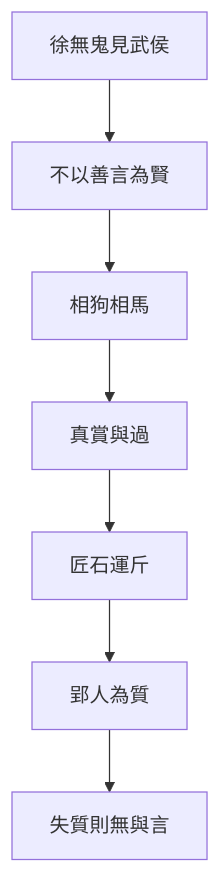
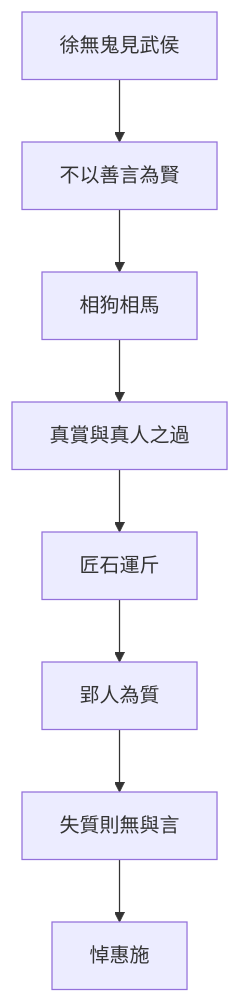
One commit to show0621/zhuangzi-atlas changed the diagram in content/chapters/03-雜篇/24-徐無鬼.md. Above: the diagram before and after it, drawn with Mermaid. The commit also changed other lines of this file and 19 other files, not shown here.

````diff
--- a/content/chapters/03-雜篇/24-徐無鬼.md
+++ b/content/chapters/03-雜篇/24-徐無鬼.md
@@ -174,9 +233,10 @@
 ```mermaid
 flowchart TD
   A[徐無鬼見武侯] --> B[不以善言為賢]
   B --> C[相狗相馬]
-  C --> D[真賞與過]
+  C --> D[真賞與真人之過]
   D --> E[匠石運斤]
   E --> F[郢人為質]
   F --> G[失質則無與言]
+  G --> H[悼惠施]
 ```
````
